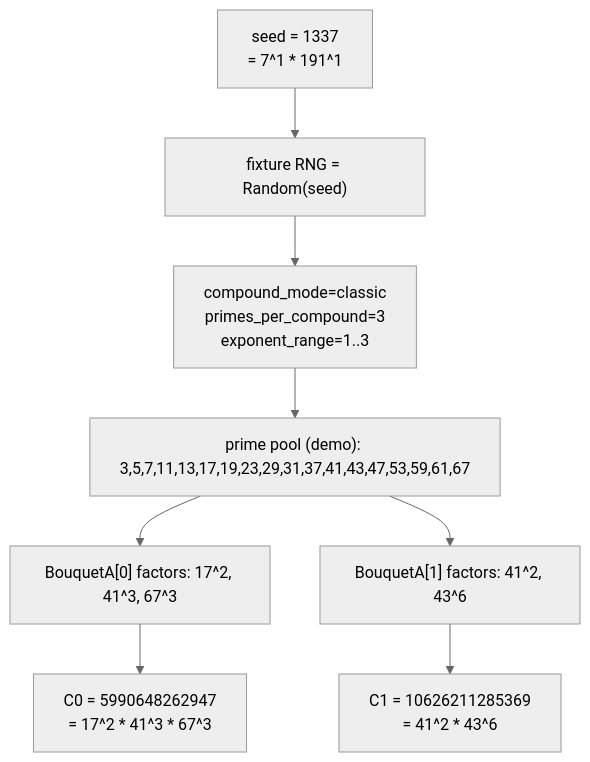
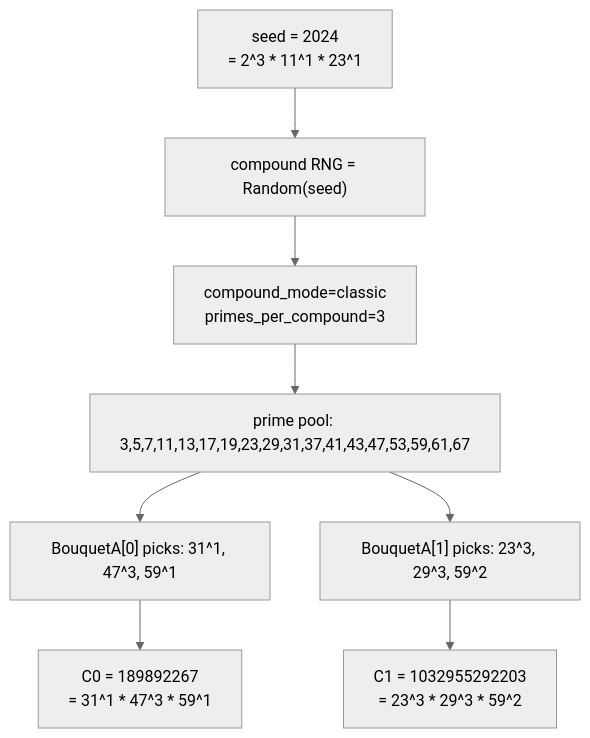
The fourth of 10 diagrams in papers/main-paper.md (cekkr/phaselane-algorithm), drawn with Mermaid before and after one commit. The commit also changed other lines of this file, not shown here.

````diff
--- a/papers/main-paper.md
+++ b/papers/main-paper.md
@@ -183,11 +166,11 @@
 ```mermaid
 %%{init: {"theme":"neutral","flowchart":{"curve":"basis"}} }%%
 flowchart TD
-  Seed1337b["seed = 1337<br/>= 7^1 * 191^1"] --> FixRng1337["fixture RNG = Random(seed)"]
-  FixRng1337 --> Cfg1337["compound_mode=classic<br/>primes_per_compound=3<br/>exponent_range=1..3"]
-  Cfg1337 --> Pool1337["prime pool (demo): 3,5,7,11,13,17,19,23,29,31,37,41,43,47,53,59,61,67"]
-  Pool1337 --> PicksA0["BouquetA[0] factors: 17^2, 41^3, 67^3"]
-  PicksA0 --> C0["C0 = 5990648262947<br/>= 17^2 * 41^3 * 67^3"]
-  Pool1337 --> PicksA1["BouquetA[1] factors: 41^2, 43^6"]
-  PicksA1 --> C1["C1 = 10626211285369<br/>= 41^2 * 43^6"]
+  Seed2024["seed = 2024<br/>= 2^3 * 11^1 * 23^1"] --> Rng2024["compound RNG = Random(seed)"]
+  Rng2024 --> Cfg2024["compound_mode=classic<br/>primes_per_compound=3"]
+  Cfg2024 --> Pool2024["prime pool: 3,5,7,11,13,17,19,23,29,31,37,41,43,47,53,59,61,67"]
+  Pool2024 --> PicksA0["BouquetA[0] picks: 31^1, 47^3, 59^1"]
+  PicksA0 --> C0["C0 = 189892267<br/>= 31^1 * 47^3 * 59^1"]
+  Pool2024 --> PicksA1["BouquetA[1] picks: 23^3, 29^3, 59^2"]
+  PicksA1 --> C1["C1 = 1032955292203<br/>= 23^3 * 29^3 * 59^2"]
 ```
````
